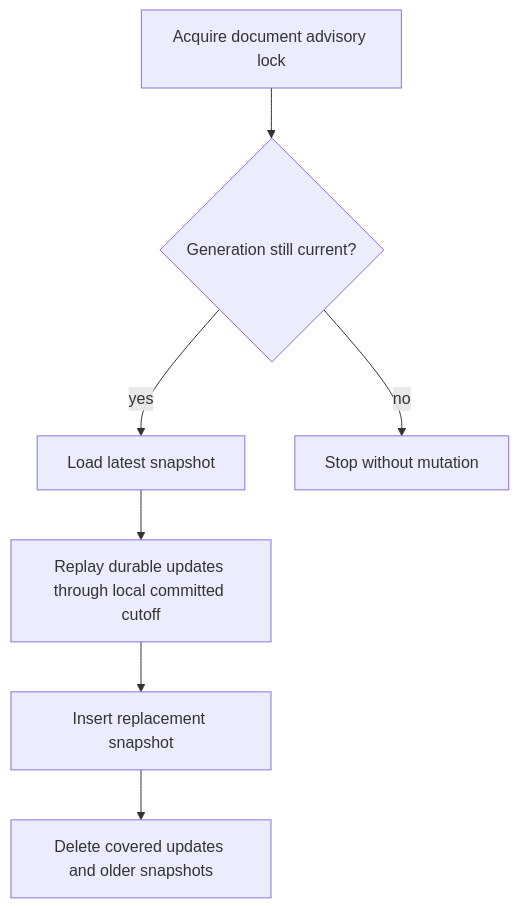
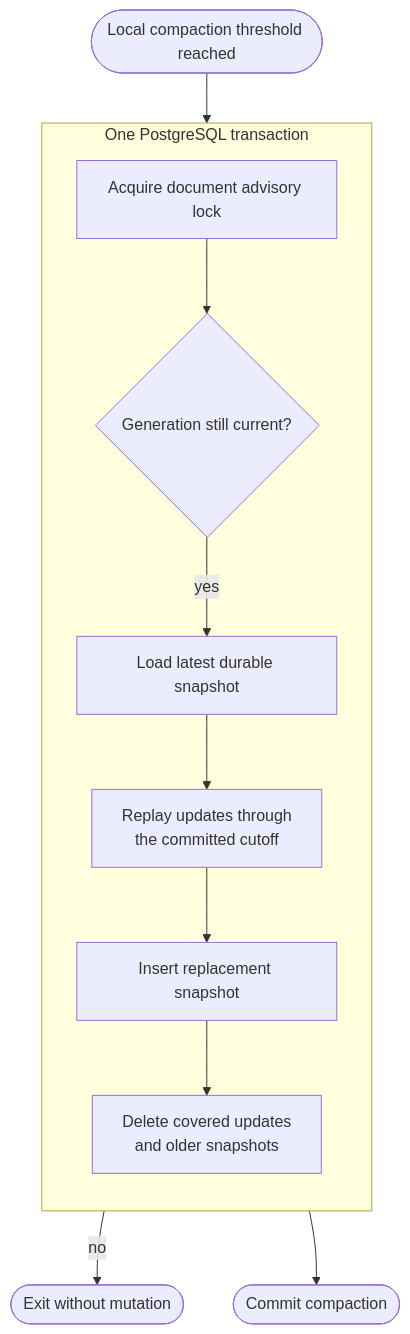
One commit to santinomarial/Meridian changed the first of 2 diagrams in docs/explanation/persistence-compaction-and-restore.md. Above: the diagram before and after it, drawn with Mermaid. The commit also changed other lines of this file and 10 other files, not shown here.

Commit message:
Redesign architecture diagrams

````diff
--- a/docs/explanation/persistence-compaction-and-restore.md
+++ b/docs/explanation/persistence-compaction-and-restore.md
@@ -36,13 +36,21 @@
 ```mermaid
 flowchart TD
-    Lock["Acquire document advisory lock"]
-    Fence{"Generation still current?"}
-    Base["Load latest snapshot"]
-    Updates["Replay durable updates through local committed cutoff"]
-    Snapshot["Insert replacement snapshot"]
-    Delete["Delete covered updates and older snapshots"]
+    Trigger(["Local compaction threshold reached"])
 
-    Lock --> Fence
-    Fence -->|yes| Base --> Updates --> Snapshot --> Delete
-    Fence -->|no| Stop["Stop without mutation"]
+    subgraph Transaction["One PostgreSQL transaction"]
+        direction TD
+        Lock["Acquire document advisory lock"]
+        Fence{"Generation still current?"}
+        Base["Load latest durable snapshot"]
+        Updates["Replay updates through<br/>the committed cutoff"]
+        Snapshot["Insert replacement snapshot"]
+        Delete["Delete covered updates<br/>and older snapshots"]
+
+        Lock --> Fence
+        Fence -->|"yes"| Base --> Updates --> Snapshot --> Delete
+    end
+
+    Trigger --> Lock
+    Fence -->|"no"| Stop(["Exit without mutation"])
+    Delete --> Commit(["Commit compaction"])
 ```
````
